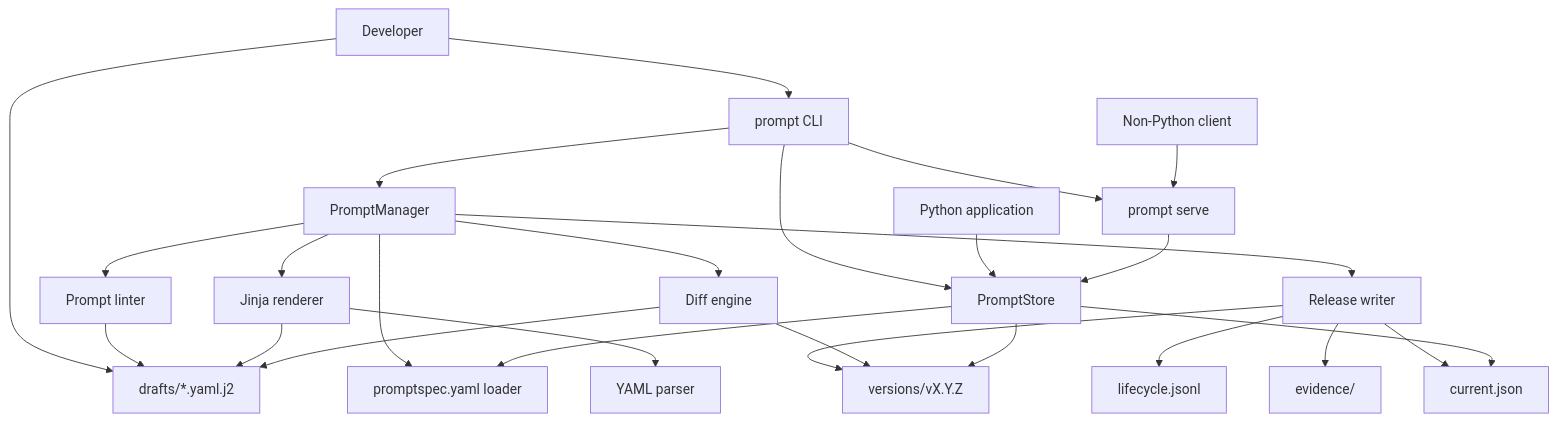
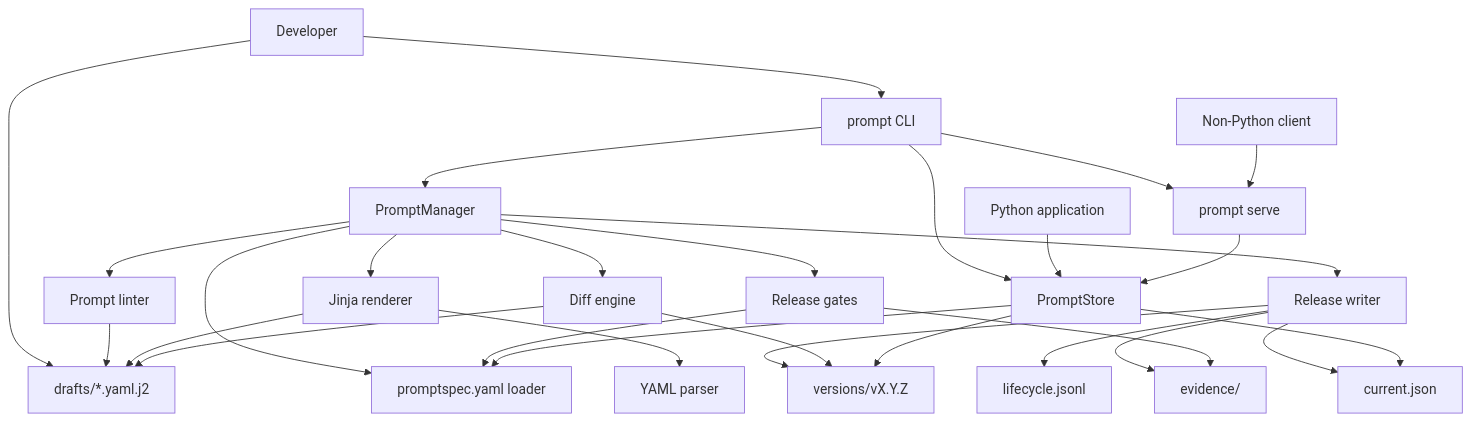
The first of 5 diagrams in dev-docs/ARCHITECTURE.md (hsanchez/promptory), drawn with Mermaid before and after one commit. The commit also changed other lines of this file and 14 other files, not shown here.

Commit message:
Add release gates for staged promotion closes #4

````diff
--- a/dev-docs/ARCHITECTURE.md
+++ b/dev-docs/ARCHITECTURE.md
@@ -9,32 +9,35 @@
 ```mermaid
 flowchart TD
   Developer[Developer] --> Drafts[drafts/*.yaml.j2]
   Developer --> CLI[prompt CLI]
 
   CLI --> Manager[PromptManager]
   CLI --> Store[PromptStore]
   CLI --> Service[prompt serve]
 
   Manager --> Spec[promptspec.yaml loader]
   Manager --> Linter[Prompt linter]
   Manager --> Renderer[Jinja renderer]
   Manager --> Release[Release writer]
+  Manager --> Gates[Release gates]
   Manager --> Diff[Diff engine]
 
   Linter --> Drafts
   Renderer --> Drafts
   Renderer --> YAML[YAML parser]
   Release --> Versions[versions/vX.Y.Z]
   Release --> Lifecycle[lifecycle.jsonl]
   Release --> Evidence[evidence/]
   Release --> Current[current.json]
+  Gates --> Evidence
+  Gates --> Spec
   Diff --> Drafts
   Diff --> Versions
 
   App[Python application] --> Store
   HTTP[Non-Python client] --> Service
   Service --> Store
   Store --> Spec
   Store --> Current
   Store --> Versions
 ```
````
